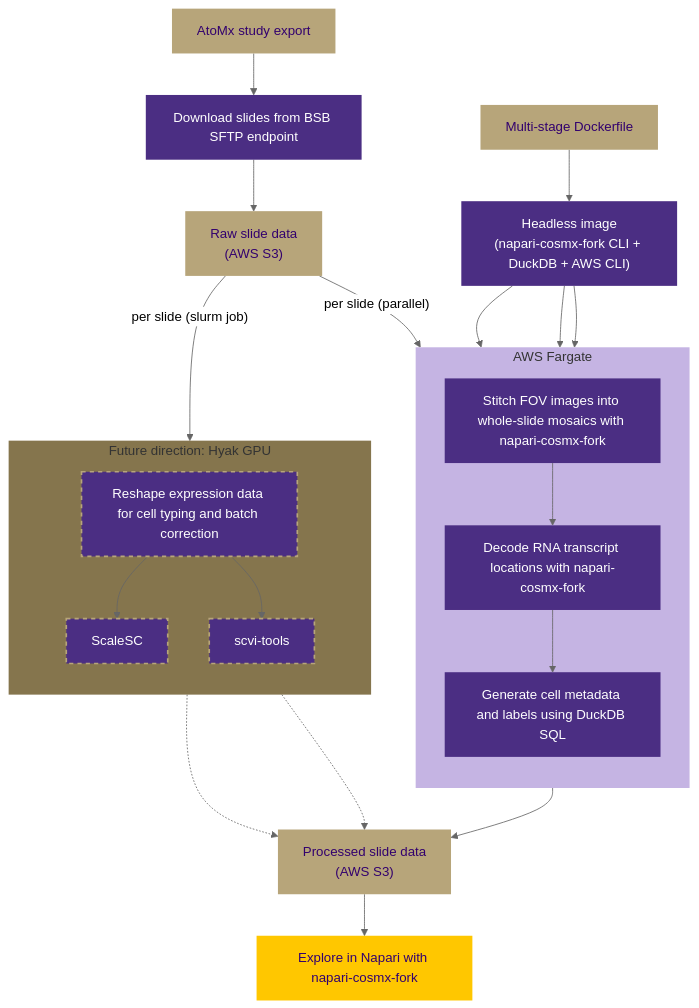
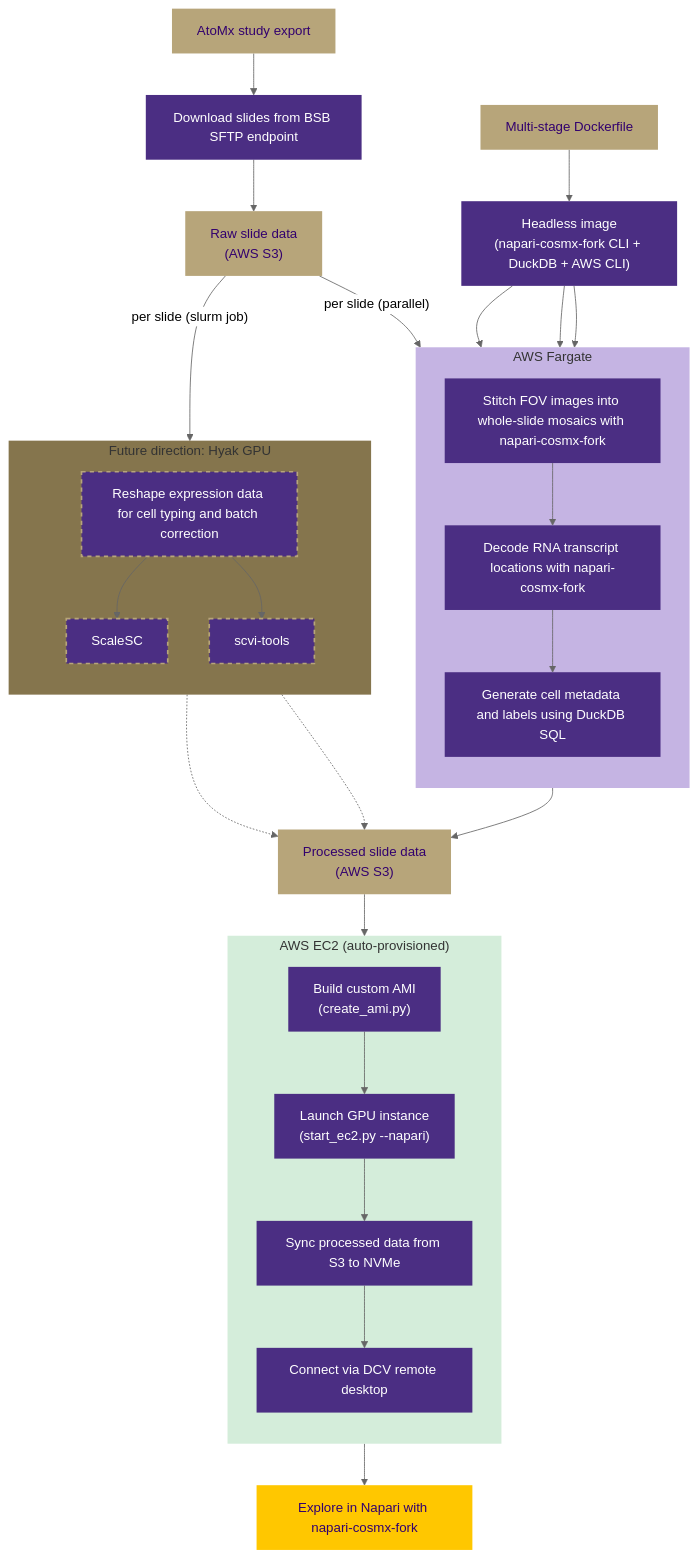
Before and after one commit to keene-lab/cosmx-utilities: the diagram in README.md, drawn with Mermaid (neutral theme). The commit also changed other lines of this file, not shown here.

````diff
--- a/README.md
+++ b/README.md
@@ -11,50 +11,61 @@
 ```mermaid
 flowchart TD
     classDef action fill:#4b2e83,stroke:none,color:#ffffff
     classDef data fill:#b7a57a,stroke:none,color:#32006e
     classDef viewer fill:#ffc700,stroke:none,color:#32006e
     classDef futureAction fill:#4b2e83,stroke:#b7a57a,stroke-width:2px,stroke-dasharray: 5 5,color:#ffffff
 
     style fargate fill:#c5b4e3,stroke:none
+    style ec2 fill:#d4edda,stroke:none
     style hyak fill:#85754d,stroke:none
-    
+
     atomx["AtoMx study export"]:::data
     sftp["Download slides from BSB SFTP endpoint"]:::action
     s3raw["Raw slide data<br>(AWS S3)"]:::data
     s3out["Processed slide data<br>(AWS S3)"]:::data
     napari["Explore in Napari with napari-cosmx-fork"]:::viewer
 
     dockerfile["Multi-stage Dockerfile"]:::data
     headless["Headless image<br>(napari-cosmx-fork CLI + DuckDB + AWS CLI)"]:::action
 
     dockerfile --> headless
     headless --> stitch
     headless --> targets
     headless --> meta
 
     subgraph fargate["AWS Fargate"]
         direction TB
         stitch["Stitch FOV images into whole-slide mosaics with napari-cosmx-fork"]:::action
         targets["Decode RNA transcript locations with napari-cosmx-fork"]:::action
         meta["Generate cell metadata and labels using DuckDB SQL"]:::action
         stitch --> targets --> meta
     end
 
+    subgraph ec2["AWS EC2 (auto-provisioned)"]
+        direction TB
+        ami["Build custom AMI<br>(create_ami.py)"]:::action
+        launch["Launch GPU instance<br>(start_ec2.py --napari)"]:::action
+        sync["Sync processed data from S3 to NVMe"]:::action
+        dcv["Connect via DCV remote desktop"]:::action
+        ami --> launch --> sync --> dcv
+    end
+
     subgraph hyak["Future direction: Hyak GPU"]
         direction TB
         etl["Reshape expression data for cell typing and batch correction"]:::futureAction
         scalesc["ScaleSC"]:::futureAction
         scvi["scvi-tools"]:::futureAction
         etl --> scalesc
         etl --> scvi
     end
 
     atomx --> sftp
     sftp --> s3raw
     s3raw -- per slide (parallel) --> stitch
     meta --> s3out
     s3raw -- per slide (slurm job) --> etl
     scalesc -.-> s3out
     scvi -.-> s3out
-    s3out --> napari
+    s3out --> launch
+    dcv --> napari
 ```
````
